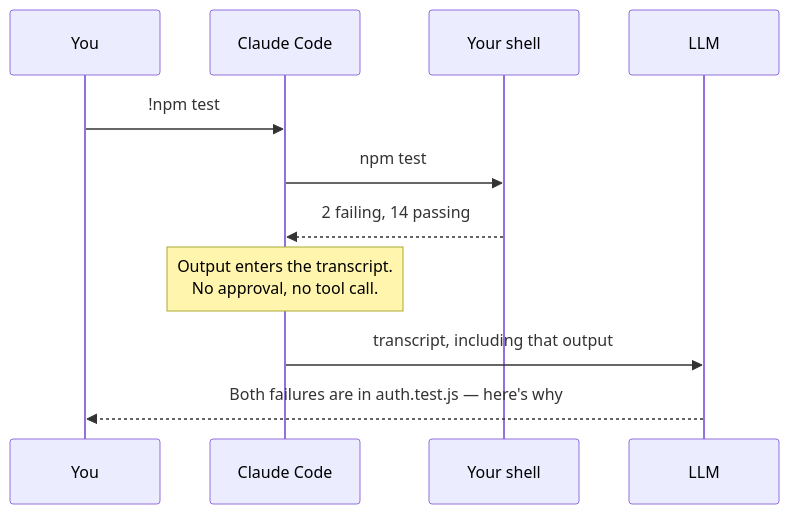
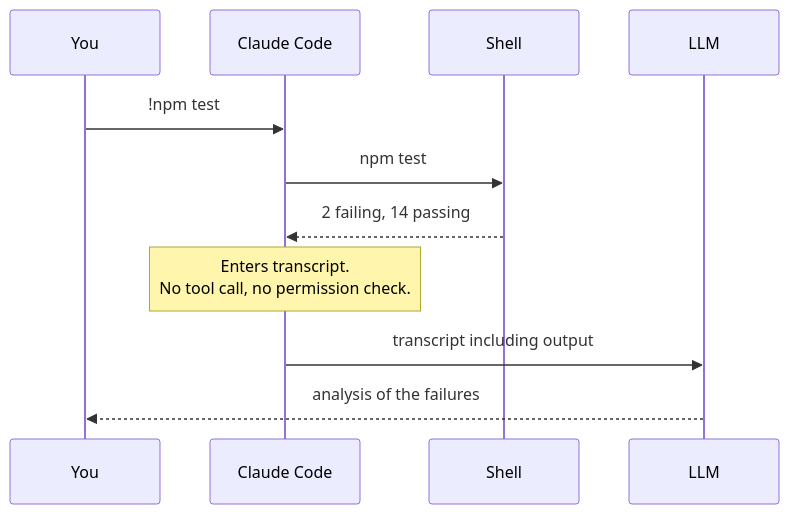
One commit to devops-monk/ai-blog changed the second of 3 diagrams in content/posts/2026/cc-02-three-ways-to-talk.md. Above: the diagram before and after it, drawn with Mermaid. The commit also changed other lines of this file and 3 other files, not shown here.

````diff
--- a/content/posts/2026/cc-02-three-ways-to-talk.md
+++ b/content/posts/2026/cc-02-three-ways-to-talk.md
@@ -167,13 +245,13 @@
 ```mermaid
 sequenceDiagram
     participant You
     participant CC as Claude Code
-    participant Sh as Your shell
+    participant Sh as Shell
     participant LLM
     You->>CC: !npm test
     CC->>Sh: npm test
     Sh-->>CC: 2 failing, 14 passing
-    Note over CC: Output enters the transcript.<br/>No approval, no tool call.
-    CC->>LLM: transcript, including that output
-    LLM-->>You: Both failures are in auth.test.js — here's why
+    Note over CC: Enters transcript.<br/>No tool call, no permission check.
+    CC->>LLM: transcript including output
+    LLM-->>You: analysis of the failures
 ```
````
